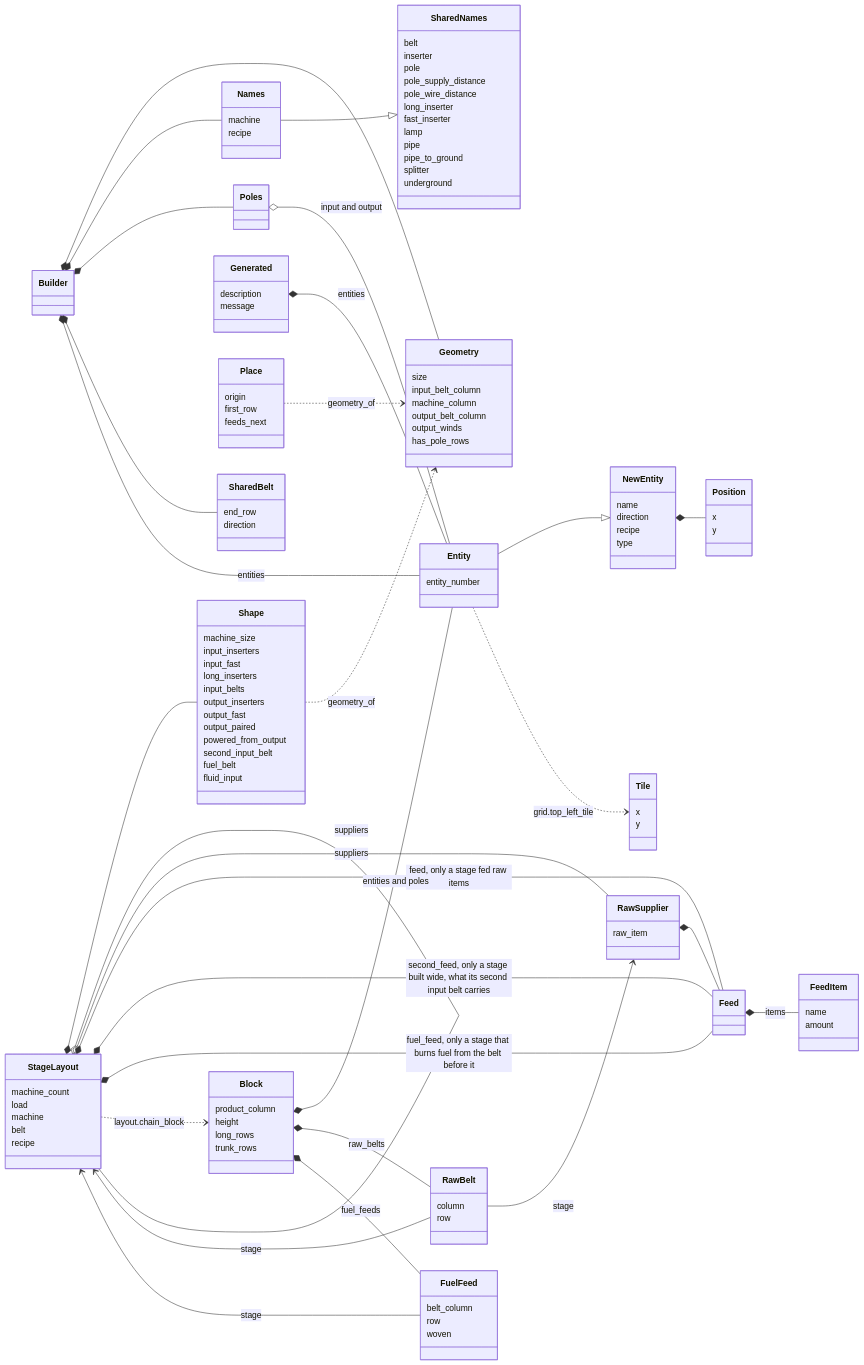
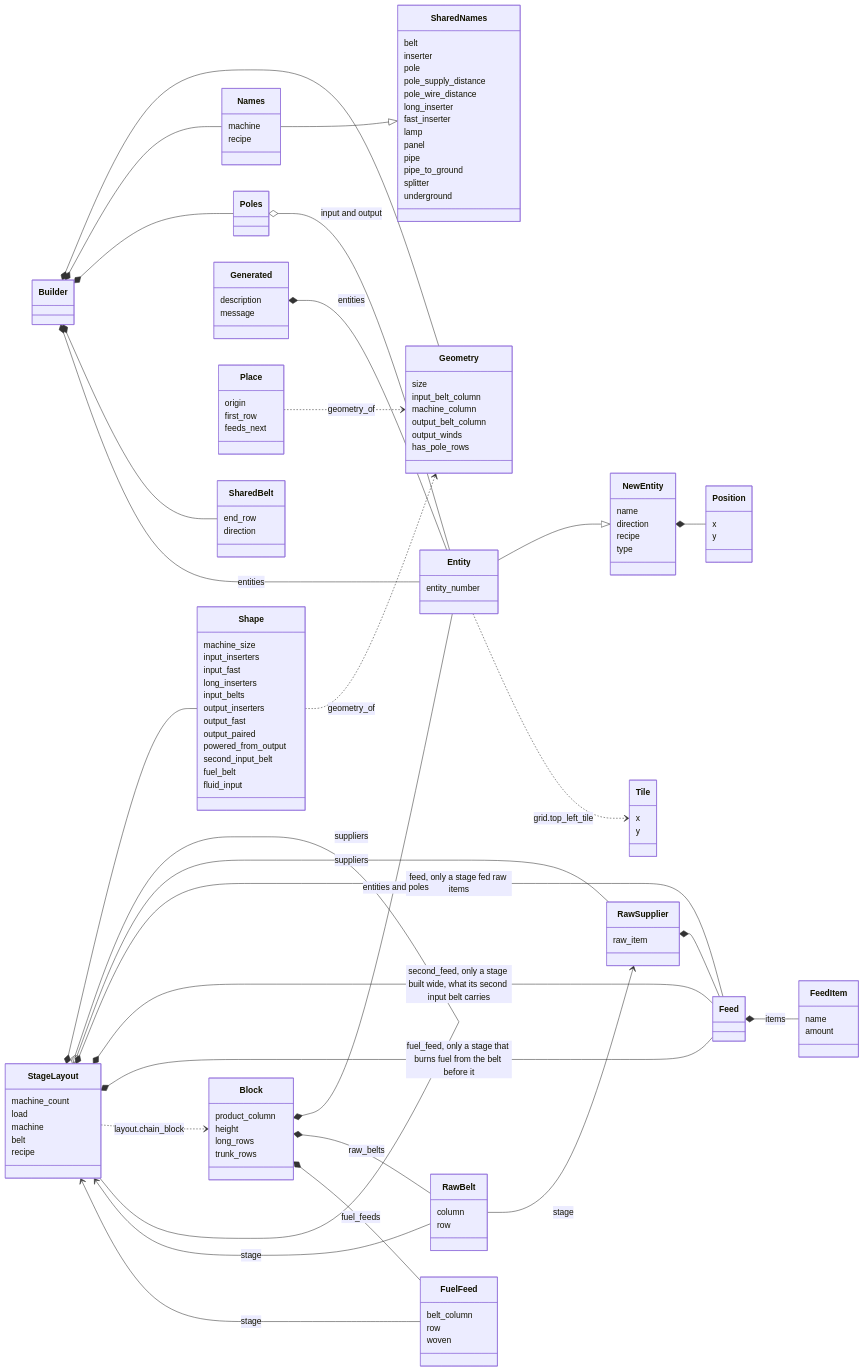
The fourth of 5 diagrams in TYPES.md (RibbonedAce/factorio-blueprint-generation), drawn with Mermaid before and after one commit. The commit also changed other lines of this file and 11 other files, not shown here.

```diff
--- a/TYPES.md
+++ b/TYPES.md
@@ -266,6 +271,7 @@
     long_inserter
     fast_inserter
     lamp
+    panel
     pipe
     pipe_to_ground
     splitter
```
